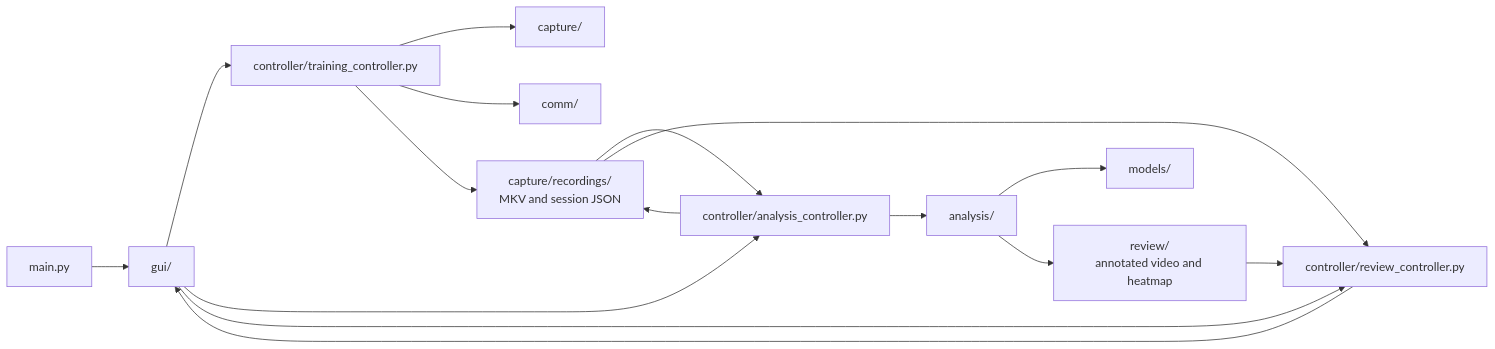
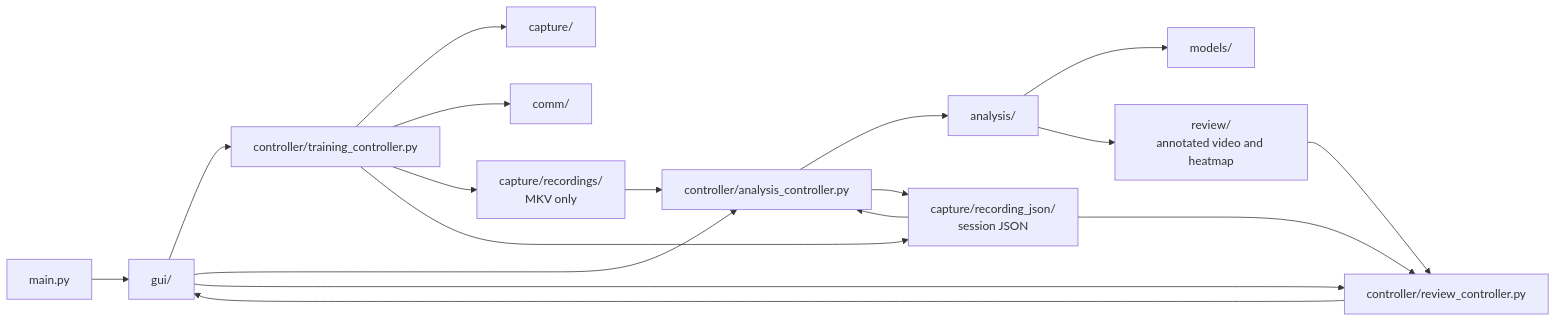
The diagram in jetson/docs/codebase_functionality.md (CoulterRolph/Capstone_Opencv), drawn with Mermaid before and after one commit. The commit also changed other lines of this file and 40 other files, not shown here.

````diff
--- a/jetson/docs/codebase_functionality.md
+++ b/jetson/docs/codebase_functionality.md
@@ -21,21 +21,23 @@
 ```mermaid
 flowchart LR
     Main[main.py] --> GUI[gui/]
     GUI --> TC[controller/training_controller.py]
     GUI --> AC[controller/analysis_controller.py]
     GUI --> RC[controller/review_controller.py]
 
     TC --> Capture[capture/]
     TC --> Comm[comm/]
-    TC --> Sessions[capture/recordings/<br/>MKV and session JSON]
+    TC --> Videos[capture/recordings/<br/>MKV only]
+    TC --> Sessions[capture/recording_json/<br/>session JSON]
 
+    Videos --> AC
     Sessions --> AC
     AC --> Analysis[analysis/]
     Analysis --> Models[models/]
     Analysis --> Artifacts[review/<br/>annotated video and heatmap]
     AC --> Sessions
 
     Sessions --> RC
     Artifacts --> RC
     RC --> GUI
 ```
````
